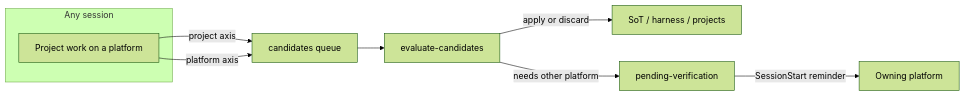
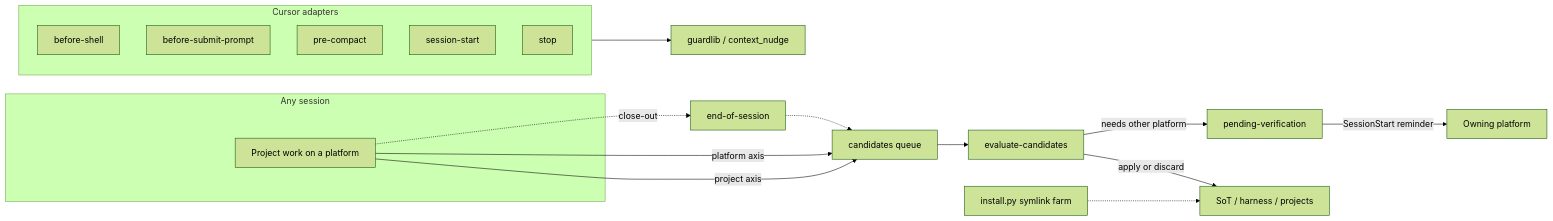
One commit to emanuele-artioli/coding-agent-config changed the first of 2 diagrams in .agent-rules/README.md. Above: the diagram before and after it, drawn with Mermaid (forest theme). The commit also changed other lines of this file and 9 other files, not shown here.

First line of the commit message:
Apply living architecture diagrams and harden Cursor SessionStart reminders.

````diff
--- a/.agent-rules/README.md
+++ b/.agent-rules/README.md
@@ -36,12 +37,23 @@
 ```mermaid
 flowchart LR
   subgraph cell [Any session]
     Work[Project work on a platform]
   end
   Work -->|project axis| CQ[candidates queue]
   Work -->|platform axis| CQ
   CQ --> Eval[evaluate-candidates]
   Eval -->|apply or discard| SoT[SoT / harness / projects]
   Eval -->|needs other platform| Verify[pending-verification]
   Verify -->|SessionStart reminder| OtherPlat[Owning platform]
+  Work -.->|close-out| Eos[end-of-session]
+  Eos -.-> CQ
+  subgraph cursorHooks [Cursor adapters]
+    ch_before_shell[before-shell]
+    ch_before_submit_prompt[before-submit-prompt]
+    ch_pre_compact[pre-compact]
+    ch_session_start[session-start]
+    ch_stop[stop]
+  end
+  cursorHooks --> Guard[guardlib / context_nudge]
+  Install[install.py symlink farm] -.-> SoT
 ```
````
